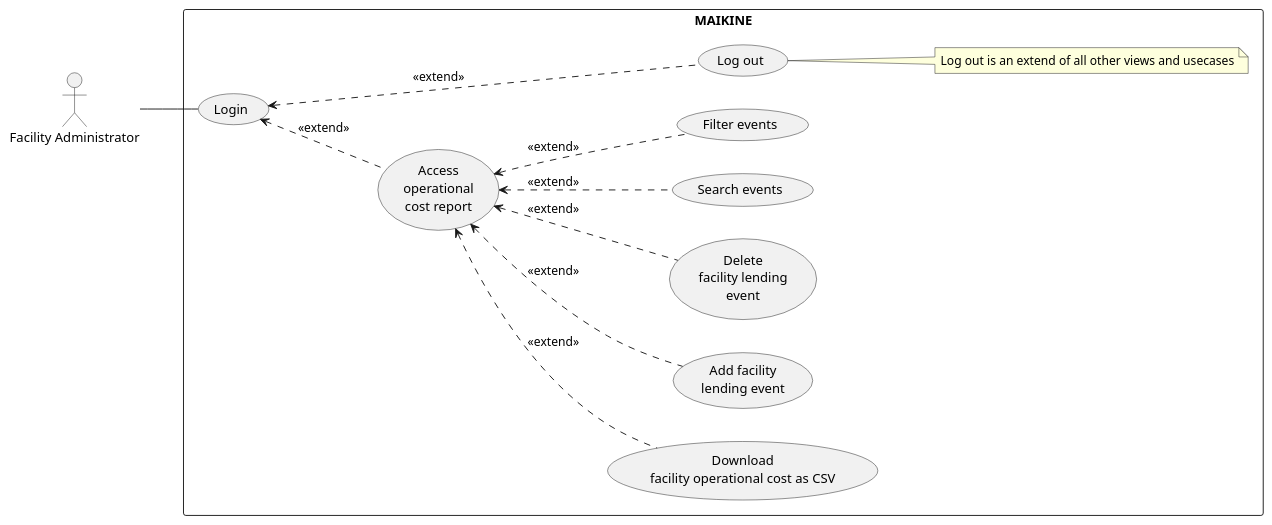
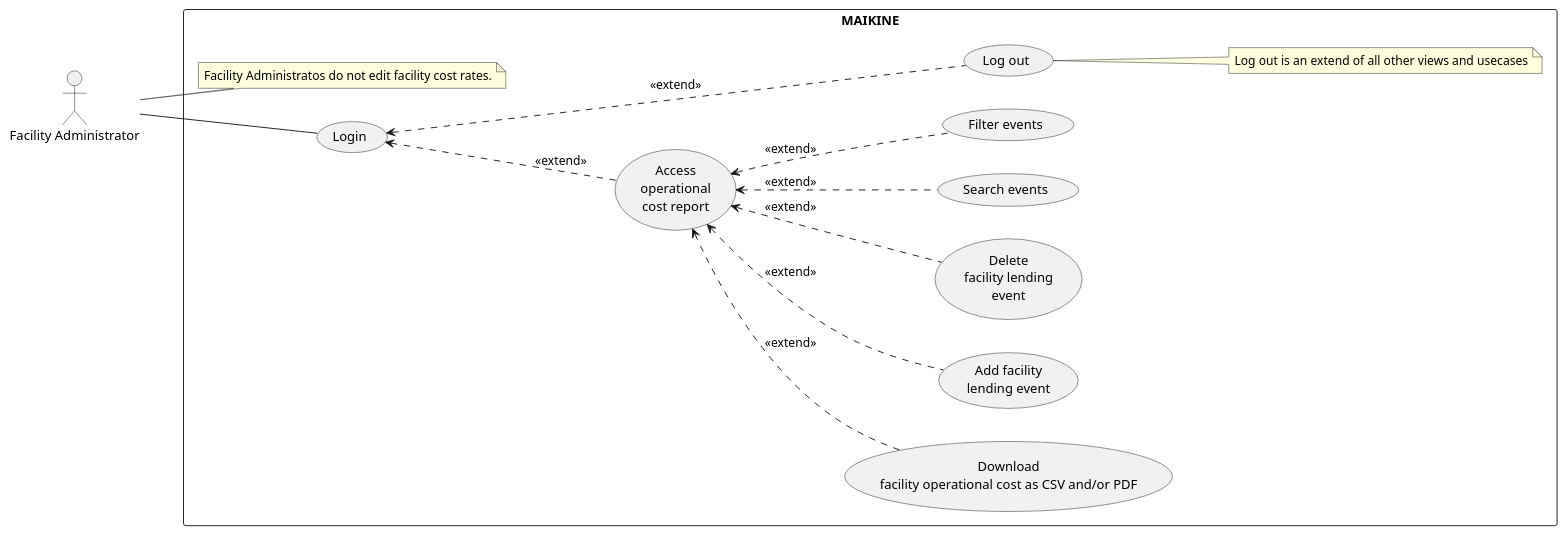
Before and after one commit to JanPerez35/PlantUML: the diagram in usecaseDiagrams/Facility_Administrator_Diagram.puml, drawn with PlantUML. The commit also changed 26 other files, not shown here.

Commit message:
Updates use case diagrams and activity diagrams

```diff
--- a/usecaseDiagrams/Facility_Administrator_Diagram.puml
+++ b/usecaseDiagrams/Facility_Administrator_Diagram.puml
@@ -1,35 +1,39 @@
 @startuml
 left to right direction
 skinparam packageStyle rectangle
 
 actor "Facility Administrator" as FacilityAdmin
 
 rectangle MAIKINE {
 
   usecase "Login" as UC_Login
   usecase "Log out" as UC_Logout
   usecase "Access\noperational\ncost report" as UC_OperationalCost
-  usecase "Download\nfacility operational cost as CSV" as UC_DownloadCost
+  usecase "Download\nfacility operational cost as CSV and/or PDF" as UC_DownloadCost
   usecase "Add facility\nlending event" as UC_AddEvent
   usecase "Delete\nfacility lending\nevent" as UC_DeleteEvent
   usecase "Search events" as UC_Search
   usecase "Filter events" as UC_Filter
   
   note right of (UC_Logout)
   Log out is an extend of all other views and usecases
+  end note
+
+  note bottom of (FacilityAdmin)
+  Facility Administratos do not edit facility cost rates.
   end note
 }
 
 UC_Login <.. UC_Logout :<<extend>>
 FacilityAdmin -- UC_Login
 
 UC_Login <.. UC_OperationalCost : <<extend>>
 
 UC_OperationalCost <.. UC_DownloadCost : <<extend>>
 UC_OperationalCost <.. UC_AddEvent : <<extend>>
 UC_OperationalCost <.. UC_DeleteEvent : <<extend>>
 UC_OperationalCost <.. UC_Search : <<extend>>
 UC_OperationalCost <.. UC_Filter : <<extend>>
 
 UC_Logout -up[hidden]-> UC_OperationalCost
 @enduml
```
